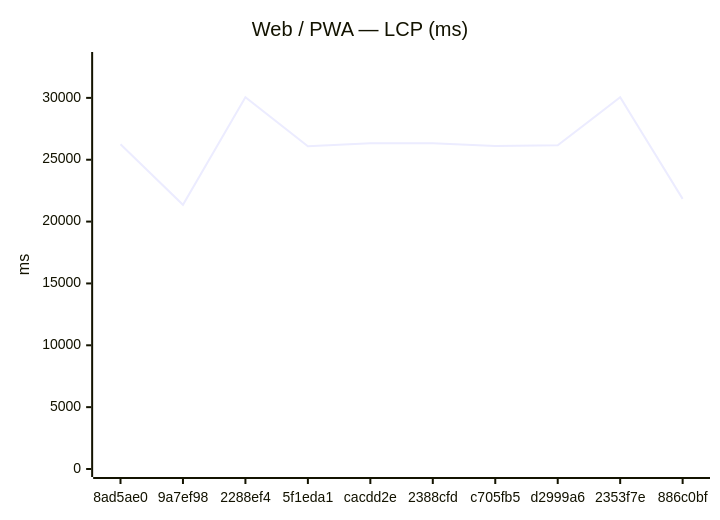
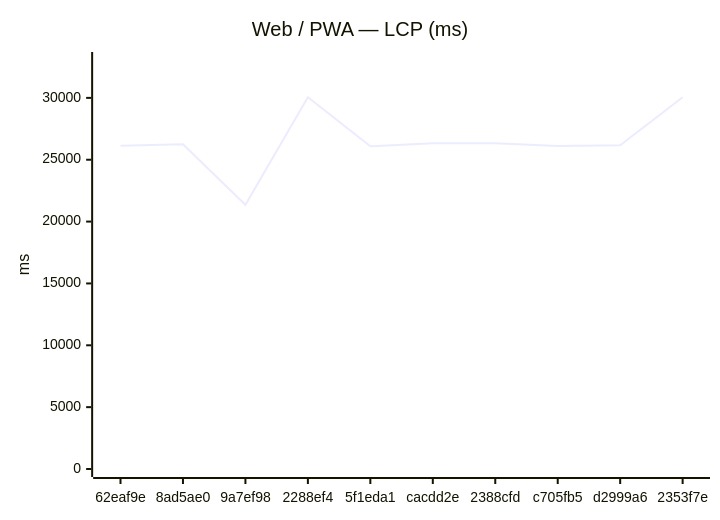
One commit to Metaheurist/Rianell changed the first of 12 diagrams in benchmarks/compare.md. Above: the diagram before and after it, drawn with Mermaid. The commit also changed other lines of this file and 8 other files, not shown here.

````diff
--- a/benchmarks/compare.md
+++ b/benchmarks/compare.md
@@ -24,7 +24,7 @@
 ```mermaid
 xychart-beta
     title "Web / PWA — LCP (ms)"
-    x-axis ["8ad5ae0", "9a7ef98", "2288ef4", "5f1eda1", "cacdd2e", "2388cfd", "c705fb5", "d2999a6", "2353f7e", "886c0bf"]
+    x-axis ["62eaf9e", "8ad5ae0", "9a7ef98", "2288ef4", "5f1eda1", "cacdd2e", "2388cfd", "c705fb5", "d2999a6", "2353f7e"]
     y-axis "ms" 0 --> 33062
-    line [26251, 21355, 30056, 26085, 26327, 26326, 26120, 26164, 30047, 21835]
+    line [26139, 26251, 21355, 30056, 26085, 26327, 26326, 26120, 26164, 30047]
 ```
````
